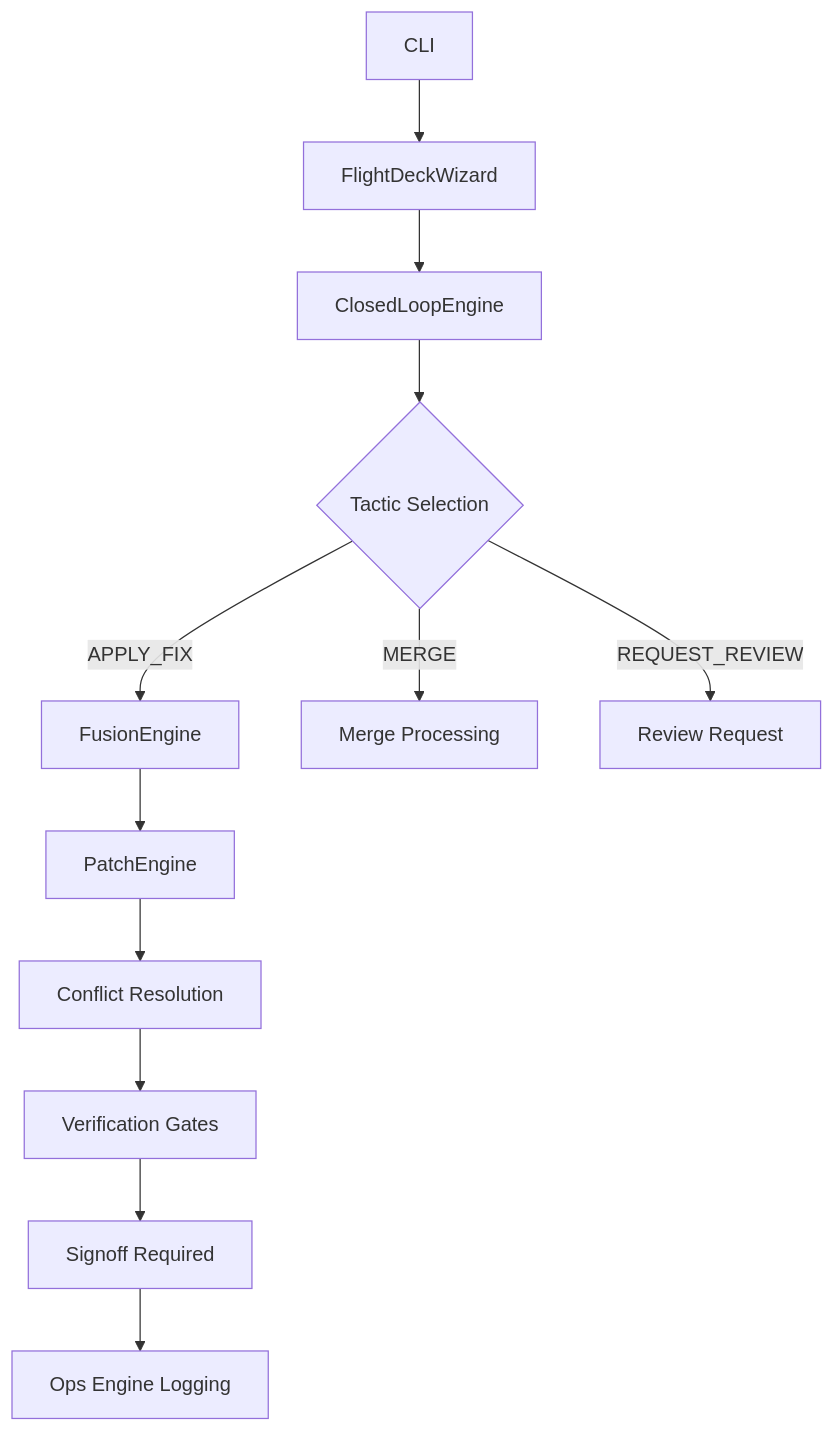
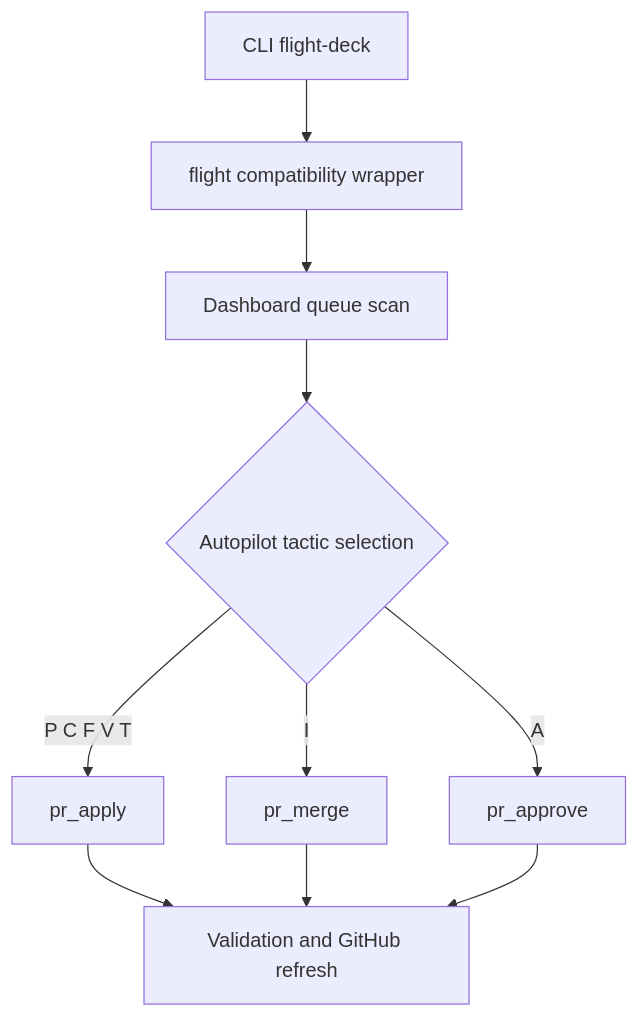
One commit to DDD-Enterprises/dopemux-mvp changed the diagram in docs/pr_merge/flight_deck/readme-2.md. Above: the diagram before and after it, drawn with Mermaid. The commit also changed other lines of this file and 7 other files, not shown here.

Commit message:
fix(pr-merge): preserve queue state and unify flight execution

````diff
--- a/docs/pr_merge/flight_deck/readme-2.md
+++ b/docs/pr_merge/flight_deck/readme-2.md
@@ -36,14 +36,12 @@
 ```mermaid
 graph TD
-    A[CLI] --> B[FlightDeckWizard]
-    B --> C[ClosedLoopEngine]
-    C --> D{Tactic Selection}
-    D -->|APPLY_FIX| E[FusionEngine]
-    D -->|MERGE| F[Merge Processing]
-    D -->|REQUEST_REVIEW| G[Review Request]
-    E --> H[PatchEngine]
-    H --> I[Conflict Resolution]
-    I --> J[Verification Gates]
-    J --> K[Signoff Required]
-    K --> L[Ops Engine Logging]
+    A[CLI flight-deck] --> B[flight compatibility wrapper]
+    B --> C[Dashboard queue scan]
+    C --> D{Autopilot tactic selection}
+    D -->|P C F V T| E[pr_apply]
+    D -->|I| F[pr_merge]
+    D -->|A| G[pr_approve]
+    E --> H[Validation and GitHub refresh]
+    F --> H
+    G --> H
 ```
````
